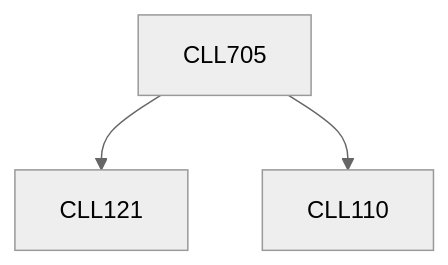
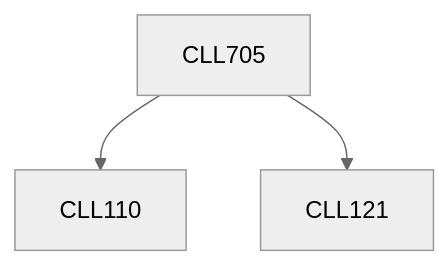
Before and after one commit to KeshavBansal0122/CoS_Website: the diagram in content/Chemical Engineering/CLL705.md, drawn with Mermaid (neutral theme). The commit also changed other lines of this file and 2662 other files, not shown here.

````diff
--- a/content/Chemical Engineering/CLL705.md
+++ b/content/Chemical Engineering/CLL705.md
@@ -13,9 +13,9 @@
 ```mermaid
 flowchart TD
 CLL705-126[CLL705]
+CLL705-126 --> CLL110-126[CLL110]
 CLL705-126 --> CLL121-126[CLL121]
-CLL705-126 --> CLL110-126[CLL110]
 
 classDef empty height:17px, fill:transparent, stroke:transparent;
 classDef trueEmpty height:0px, width:0px;
 ```
````
